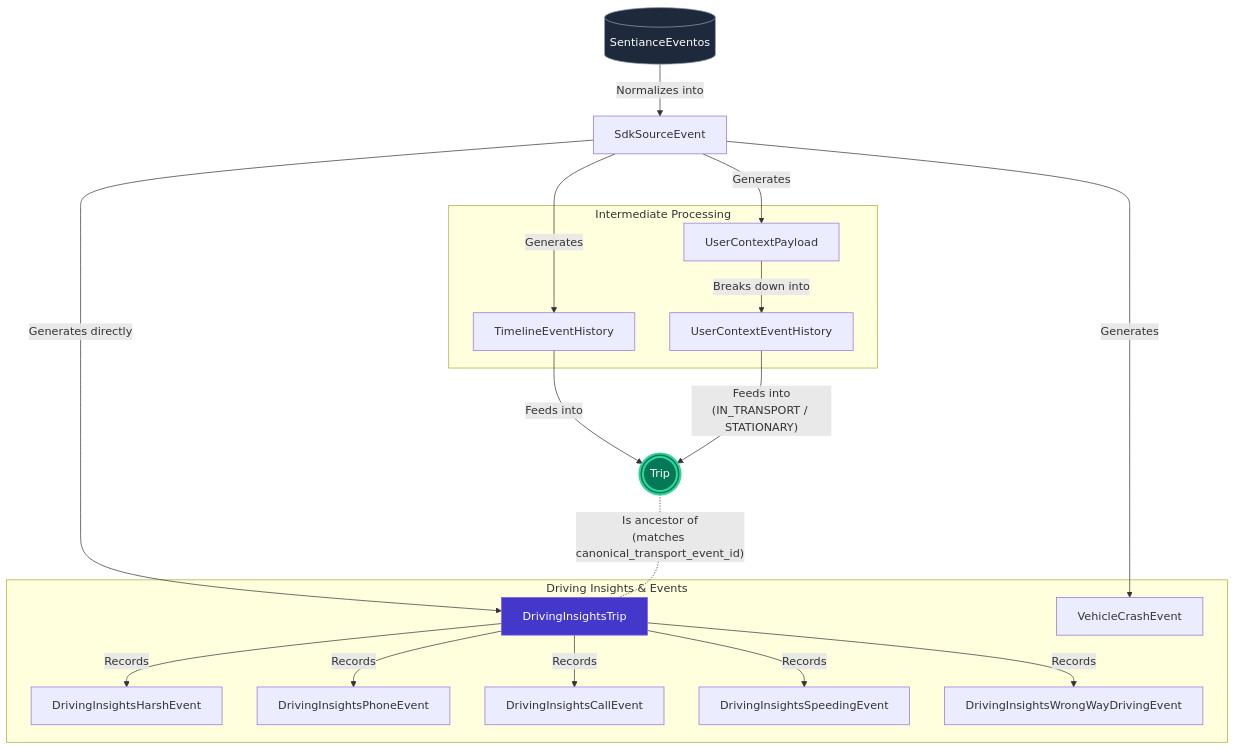
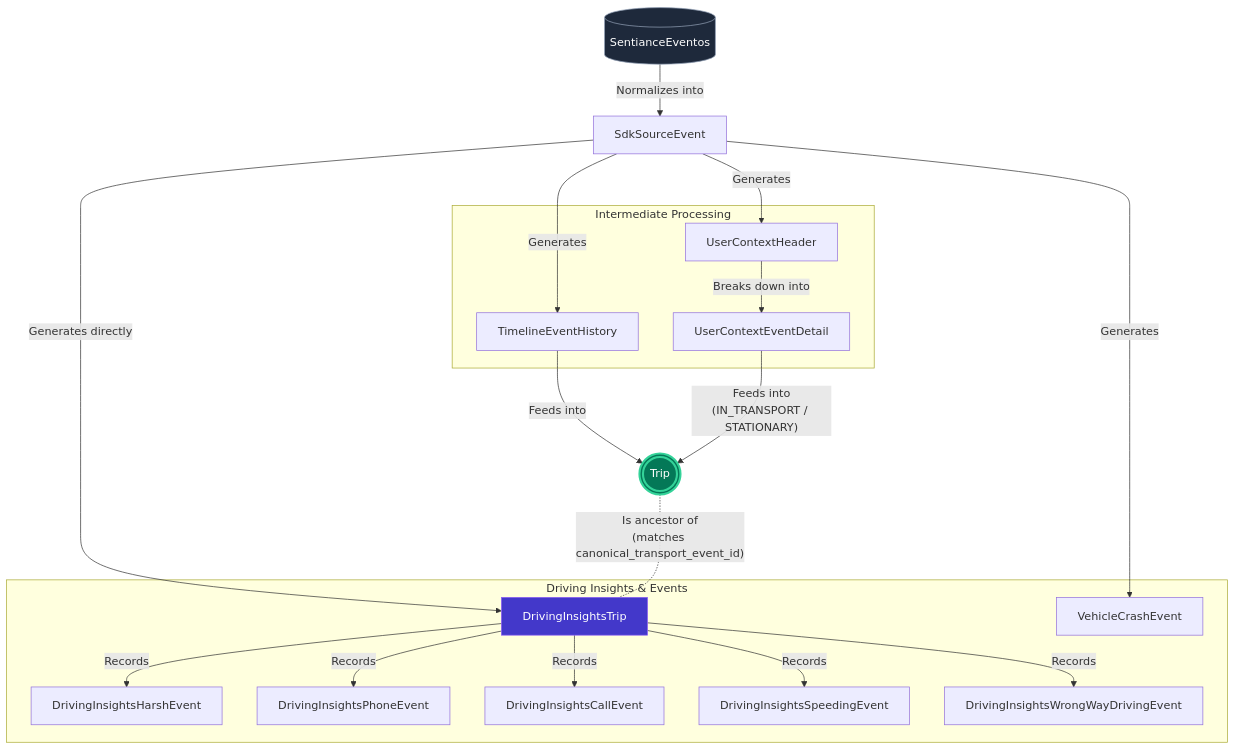
One commit to Clod/BaseDeDatos changed the diagram in trip_data_flow.md. Above: the diagram before and after it, drawn with Mermaid. The commit also changed other lines of this file and 4 other files, not shown here.

Commit message:
refactor: Rename `UserContextPayload` to `UserContextHeader` and `UserContextEventHistory`/`ActiveSegmentHistory` to `Detail` across documentation and diagrams.

````diff
--- a/trip_data_flow.md
+++ b/trip_data_flow.md
@@ -5,59 +5,59 @@
 ```mermaid
 flowchart TB
     %% Definitions
     Raw[(SentianceEventos)]
     Source[SdkSourceEvent]
     
     %% Intermediate Payload Tables
     subgraph Intermediate Processing
         Timeline[TimelineEventHistory]
-        ContextPayload[UserContextPayload]
-        ContextEvents[UserContextEventHistory]
+        ContextPayload[UserContextHeader]
+        ContextEvents[UserContextEventDetail]
     end
     
     %% Canonical Trip
     CanonicalTrip(((Trip)))
     
     %% Insights and Events during a Trip
     subgraph Driving Insights & Events
         DITrip[DrivingInsightsTrip]
         Crash[VehicleCrashEvent]
         
         Harsh[DrivingInsightsHarshEvent]
         Phone[DrivingInsightsPhoneEvent]
         Call[DrivingInsightsCallEvent]
         Speeding[DrivingInsightsSpeedingEvent]
         WrongWay[DrivingInsightsWrongWayDrivingEvent]
     end
 
     %% Flow Steps
     Raw -->|"Normalizes into"| Source
     
     %% From Source to branches
     Source -->|"Generates"| Timeline
     Source -->|"Generates"| ContextPayload
     Source -->|"Generates directly"| DITrip
     Source -->|"Generates"| Crash
     
     %% Context processing
     ContextPayload -->|"Breaks down into"| ContextEvents
     
     %% Feeding into the canonical Trip table
     Timeline -->|"Feeds into"| CanonicalTrip
     ContextEvents -->|"Feeds into<br/>(IN_TRANSPORT / STATIONARY)"| CanonicalTrip
     
     %% Trip to Driving Insights Relationship
     CanonicalTrip -.-|"Is ancestor of<br/>(matches canonical_transport_event_id)"| DITrip
     
     %% Driving Insights granular events
     DITrip -->|"Records"| Harsh
     DITrip -->|"Records"| Phone
     DITrip -->|"Records"| Call
     DITrip -->|"Records"| Speeding
     DITrip -->|"Records"| WrongWay
     
     %% Styling
     style Raw fill:#1E293B,stroke:#94A3B8,color:#fff
     style CanonicalTrip fill:#047857,stroke:#34D399,stroke-width:3px,color:#fff
     style DITrip fill:#4338CA,stroke:#8B5CF6,color:#fff
 ```
````
